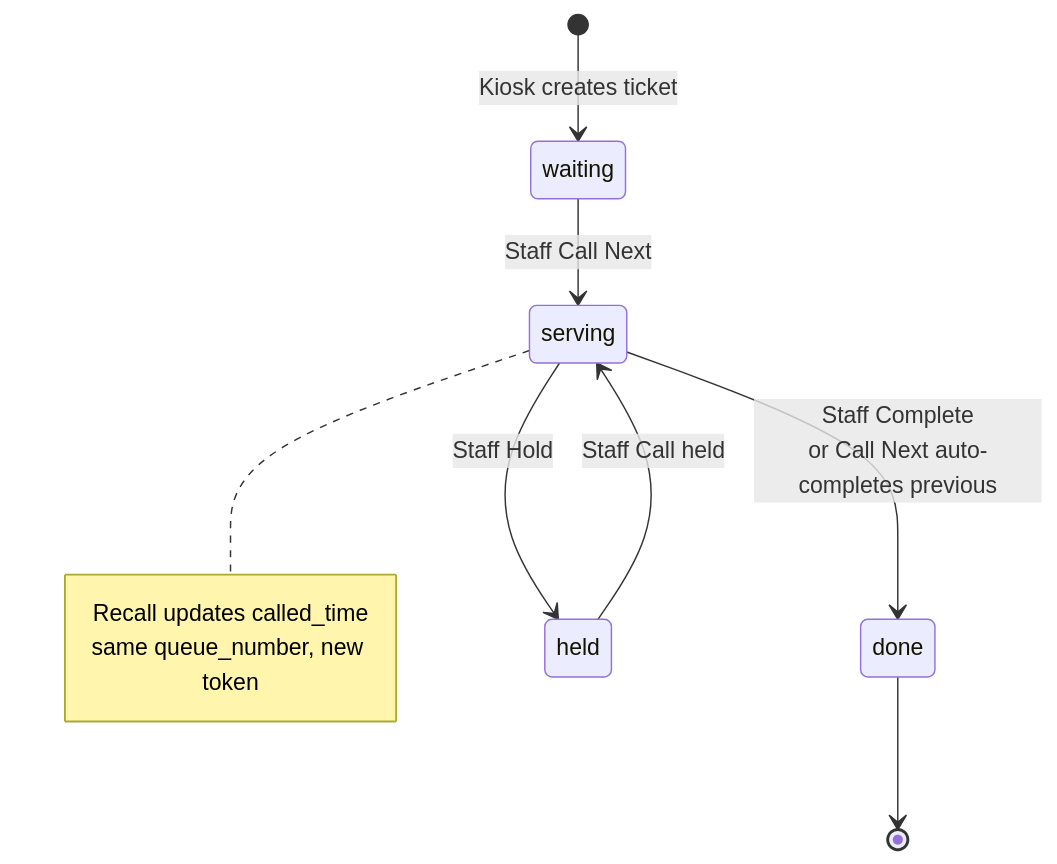
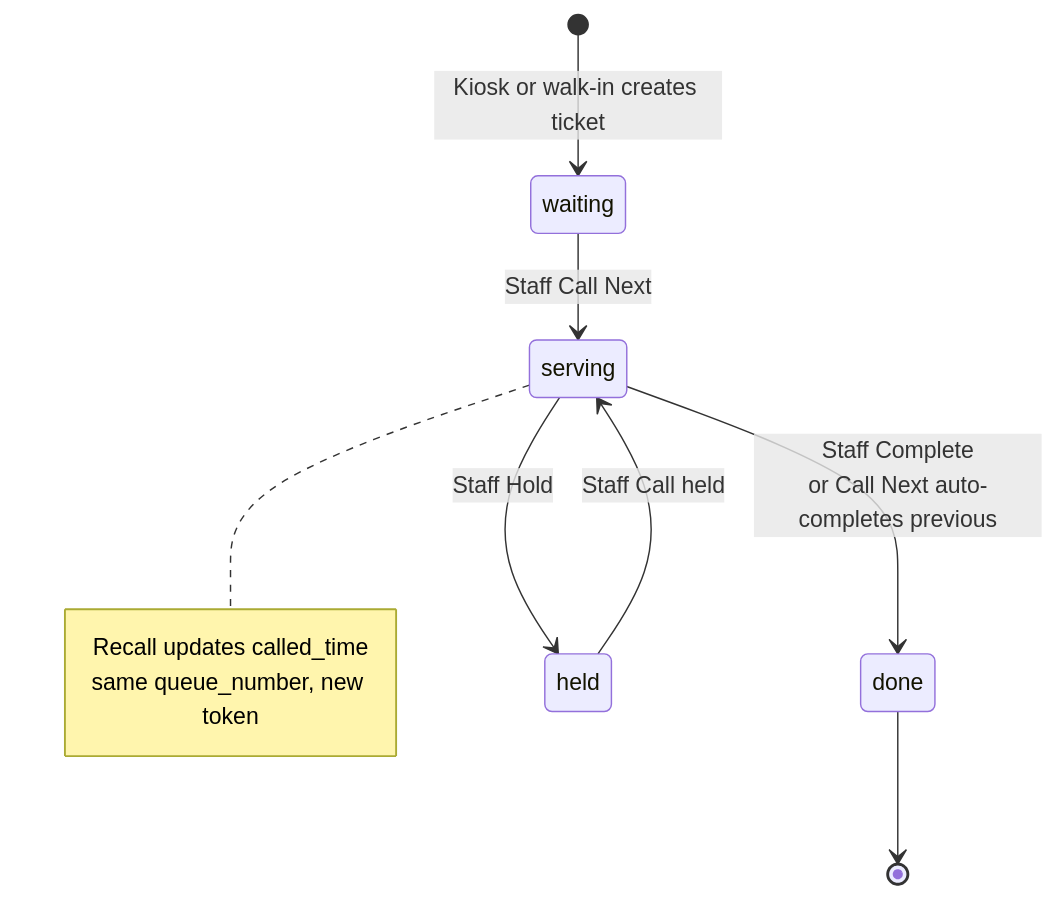
Before and after one commit to rhems95/queuing-system: the tenth of 12 diagrams in docs/system-flowchart.md, drawn with Mermaid. The commit also changed other lines of this file and 51 other files, not shown here.

First line of the commit message:
Add kiosk walk-in PIN and block Guard login.

````diff
--- a/docs/system-flowchart.md
+++ b/docs/system-flowchart.md
@@ -324,10 +353,10 @@
 ```mermaid
 stateDiagram-v2
-    [*] --> waiting: Kiosk creates ticket
+    [*] --> waiting: Kiosk or walk-in creates ticket
     waiting --> serving: Staff Call Next
     serving --> done: Staff Complete<br/>or Call Next auto-completes previous
     serving --> held: Staff Hold
     held --> serving: Staff Call held
     done --> [*]
     note right of serving: Recall updates called_time<br/>same queue_number, new token
 ```
````
